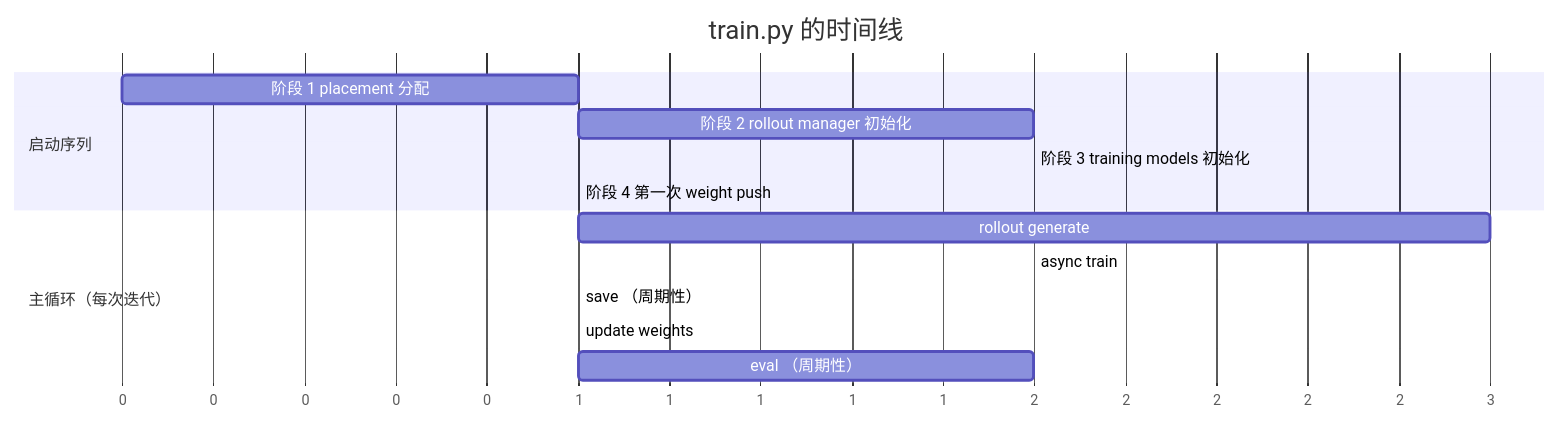
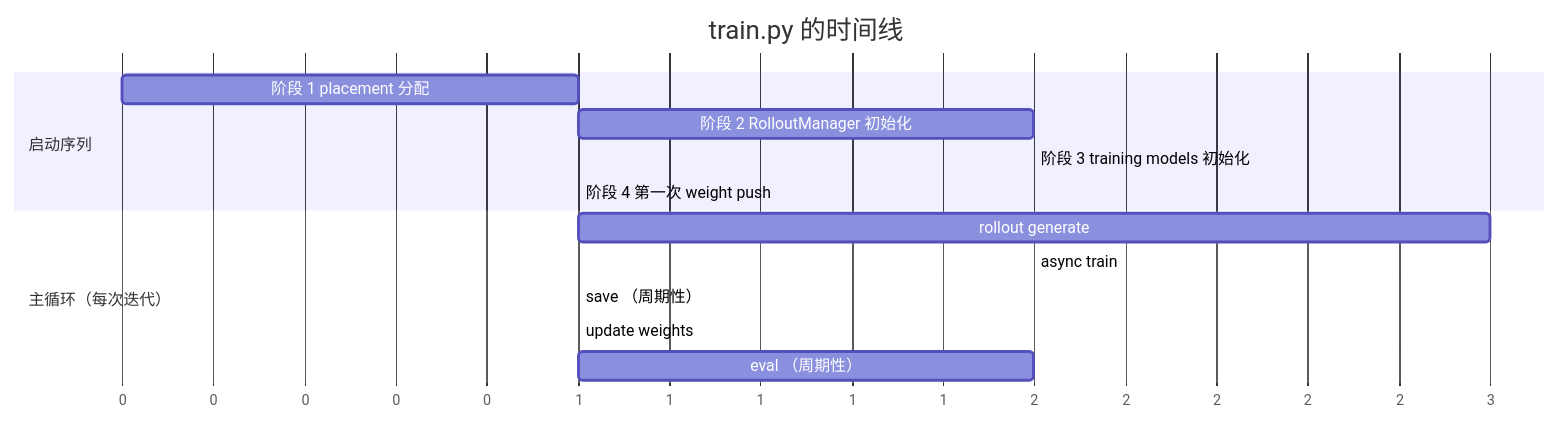
One commit to Maofei/slime changed the first of 2 diagrams in book/chapters/ch01_main_loop.md. Above: the diagram before and after it, drawn with Mermaid. The commit also changed other lines of this file and 10 other files, not shown here.

````diff
--- a/book/chapters/ch01_main_loop.md
+++ b/book/chapters/ch01_main_loop.md
@@ -98,19 +98,19 @@
 ```mermaid
 gantt
     title train.py 的时间线
     dateFormat X
     axisFormat %s
 
     section 启动序列
     阶段 1 placement 分配          :a1, 0, 1
-    阶段 2 rollout manager 初始化  :a2, after a1, 2
+    阶段 2 RolloutManager 初始化   :a2, after a1, 2
     阶段 3 training models 初始化  :a3, after a2, 2
     阶段 4 第一次 weight push      :a4, after a3, 1
 
     section 主循环（每次迭代）
     rollout generate              :b1, after a4, 3
     async train                   :b2, after b1, 2
     save （周期性）                 :b3, after b2, 1
     update weights                :b4, after b2, 1
     eval （周期性）                 :b5, after b4, 2
 ```
````
